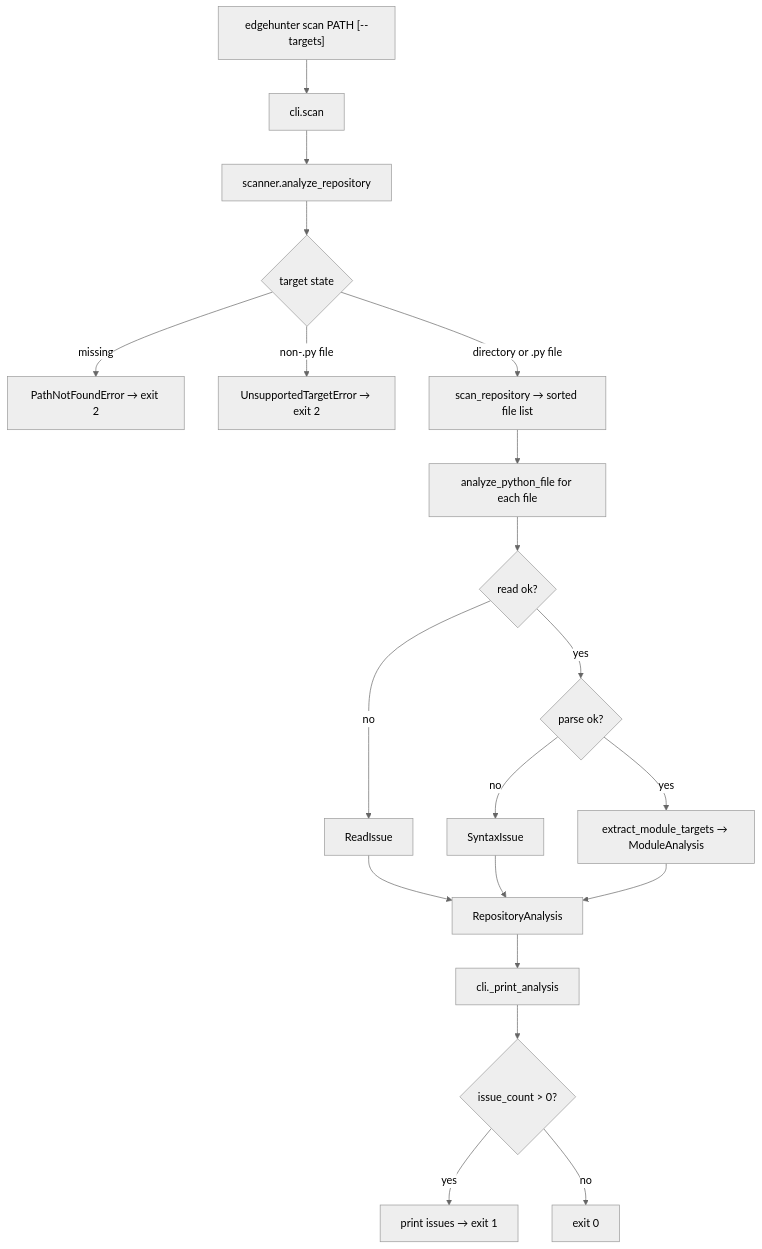
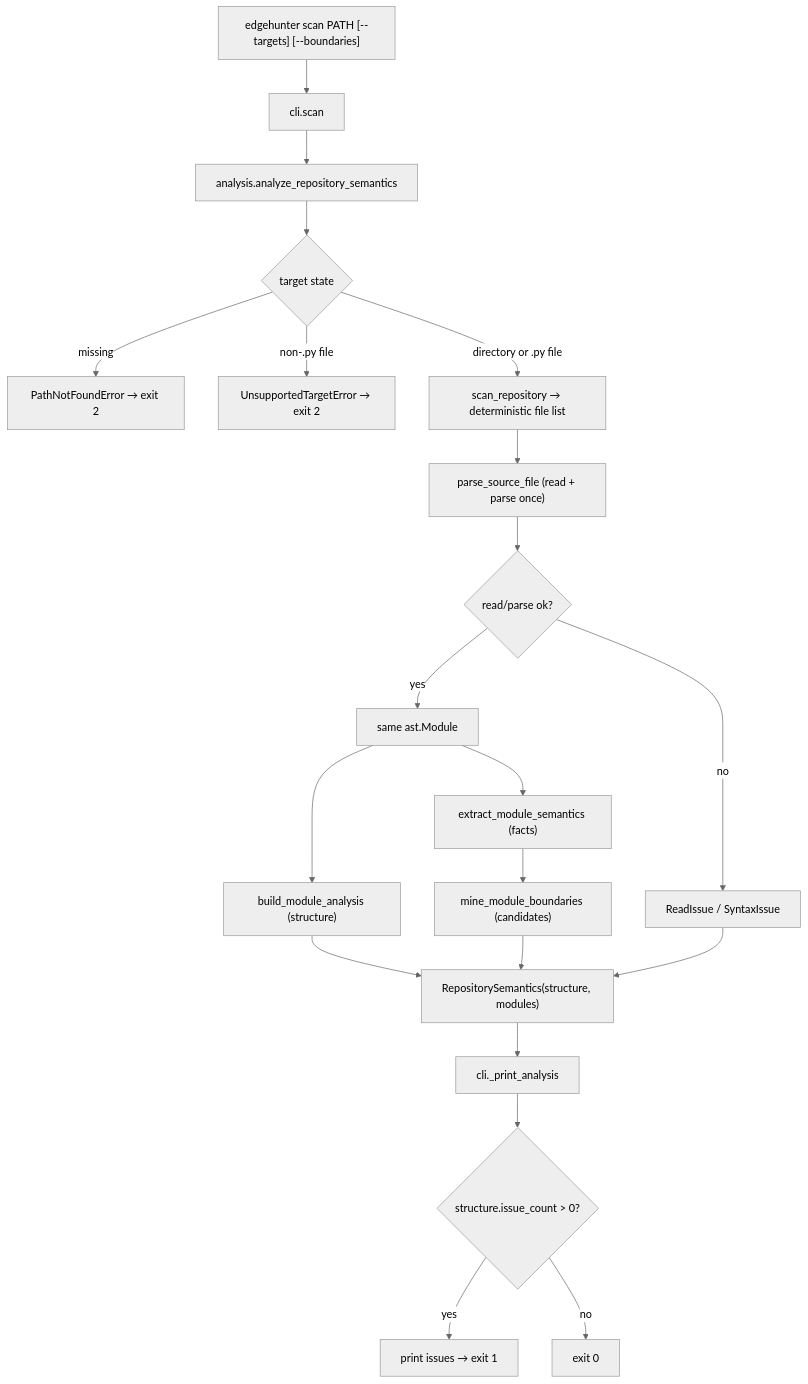
One commit to PrathamKapoor/Faultline changed the diagram in flow.md. Above: the diagram before and after it, drawn with Mermaid (neutral theme). The commit also changed other lines of this file and 17 other files, not shown here.

First line of the commit message:
Add static semantic analysis and deterministic boundary mining

````diff
--- a/flow.md
+++ b/flow.md
@@ -104,22 +136,23 @@
 ```mermaid
 flowchart TD
-    A["edgehunter scan PATH [--targets]"] --> B["cli.scan"]
-    B --> C["scanner.analyze_repository"]
+    A["edgehunter scan PATH [--targets] [--boundaries]"] --> B["cli.scan"]
+    B --> C["analysis.analyze_repository_semantics"]
     C --> D{"target state"}
     D -->|missing| E["PathNotFoundError → exit 2"]
     D -->|"non-.py file"| F["UnsupportedTargetError → exit 2"]
-    D -->|"directory or .py file"| G["scan_repository → sorted file list"]
-    G --> H["analyze_python_file for each file"]
-    H --> I{"read ok?"}
-    I -->|no| J["ReadIssue"]
-    I -->|yes| K{"parse ok?"}
-    K -->|no| L["SyntaxIssue"]
-    K -->|yes| M["extract_module_targets → ModuleAnalysis"]
-    J --> N["RepositoryAnalysis"]
-    L --> N
-    M --> N
-    N --> O["cli._print_analysis"]
-    O --> P{"issue_count > 0?"}
-    P -->|yes| Q["print issues → exit 1"]
-    P -->|no| R["exit 0"]
+    D -->|"directory or .py file"| G["scan_repository → deterministic file list"]
+    G --> H["parse_source_file (read + parse once)"]
+    H --> I{"read/parse ok?"}
+    I -->|no| J["ReadIssue / SyntaxIssue"]
+    I -->|yes| K["same ast.Module"]
+    K --> L["build_module_analysis (structure)"]
+    K --> M["extract_module_semantics (facts)"]
+    M --> N["mine_module_boundaries (candidates)"]
+    L --> O["RepositorySemantics(structure, modules)"]
+    N --> O
+    J --> O
+    O --> P["cli._print_analysis"]
+    P --> Q{"structure.issue_count > 0?"}
+    Q -->|yes| R["print issues → exit 1"]
+    Q -->|no| S["exit 0"]
 ```
````
